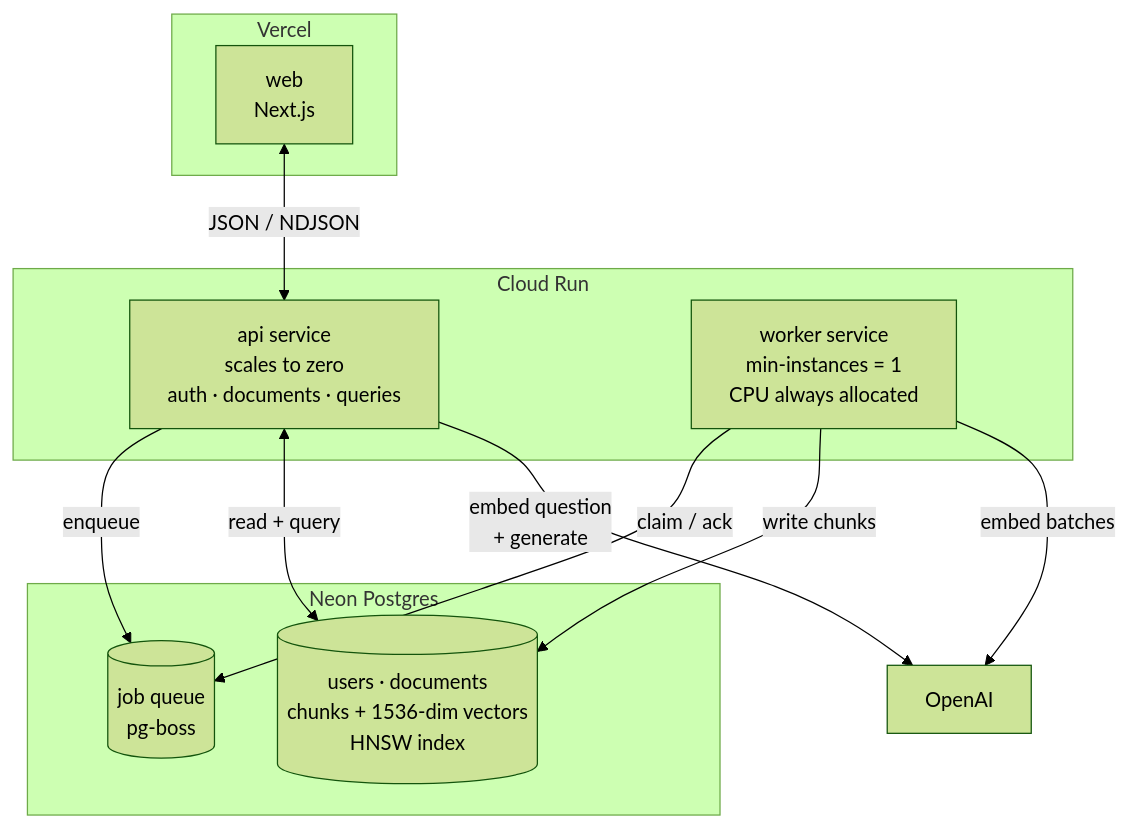
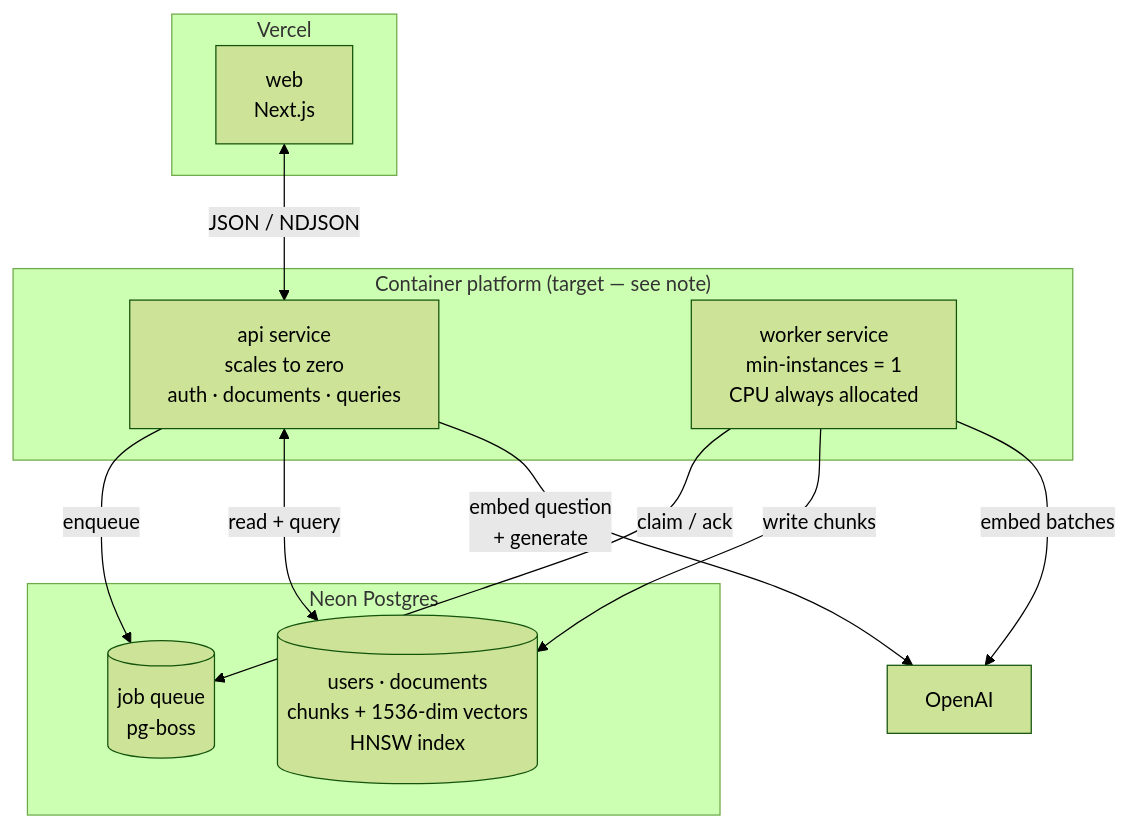
One commit to AbhishekSatyam96/rag-assistant changed the third of 3 diagrams in docs/hld.md. Above: the diagram before and after it, drawn with Mermaid (forest theme). The commit also changed other lines of this file and 4 other files, not shown here.

````diff
--- a/docs/hld.md
+++ b/docs/hld.md
@@ -99,23 +99,23 @@
 ```mermaid
 flowchart TB
     subgraph vercel["Vercel"]
         Web["web<br/>Next.js"]
     end
-    subgraph cloudrun["Cloud Run"]
+    subgraph compute["Container platform (target — see note)"]
         Api["api service<br/>scales to zero<br/>auth · documents · queries"]
         Worker["worker service<br/>min-instances = 1<br/>CPU always allocated"]
     end
     subgraph neon["Neon Postgres"]
         Data[("users · documents<br/>chunks + 1536-dim vectors<br/>HNSW index")]
         Queue[("job queue<br/>pg-boss")]
     end
     OAI["OpenAI"]
 
     Web <-->|"JSON / NDJSON"| Api
     Api -->|"enqueue"| Queue
     Api <-->|"read + query"| Data
     Worker -->|"claim / ack"| Queue
     Worker -->|"write chunks"| Data
     Worker -->|"embed batches"| OAI
     Api -->|"embed question<br/>+ generate"| OAI
 ```
````
